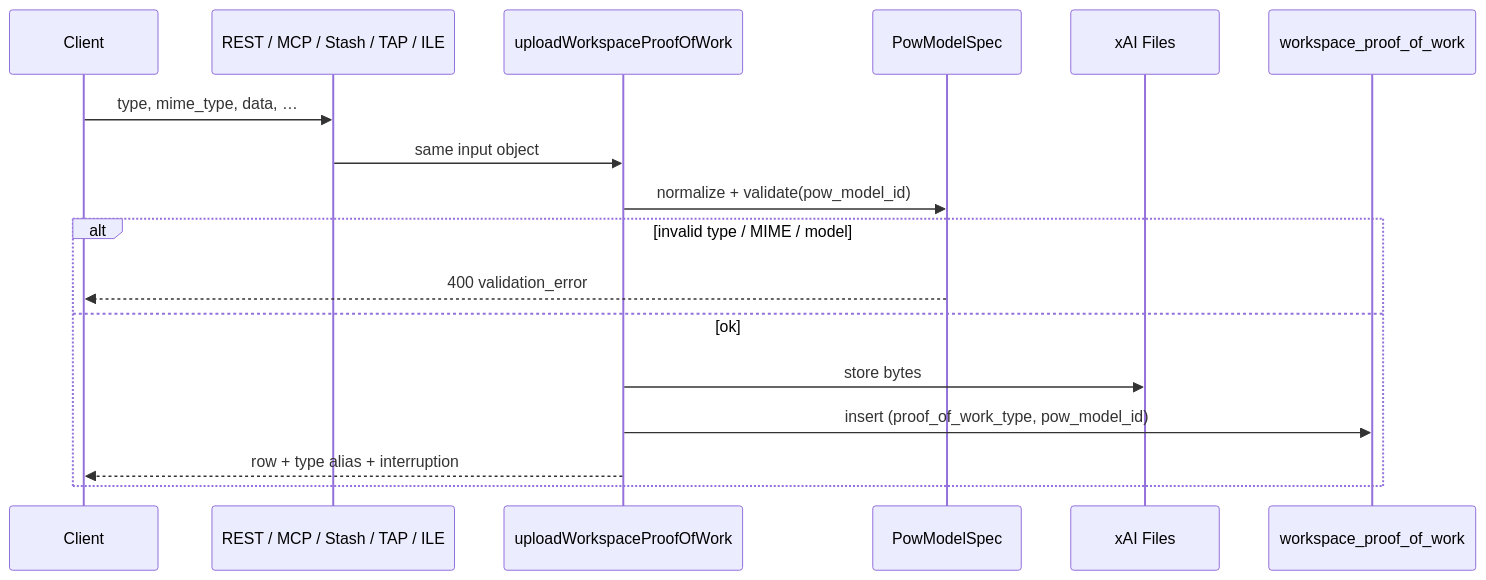
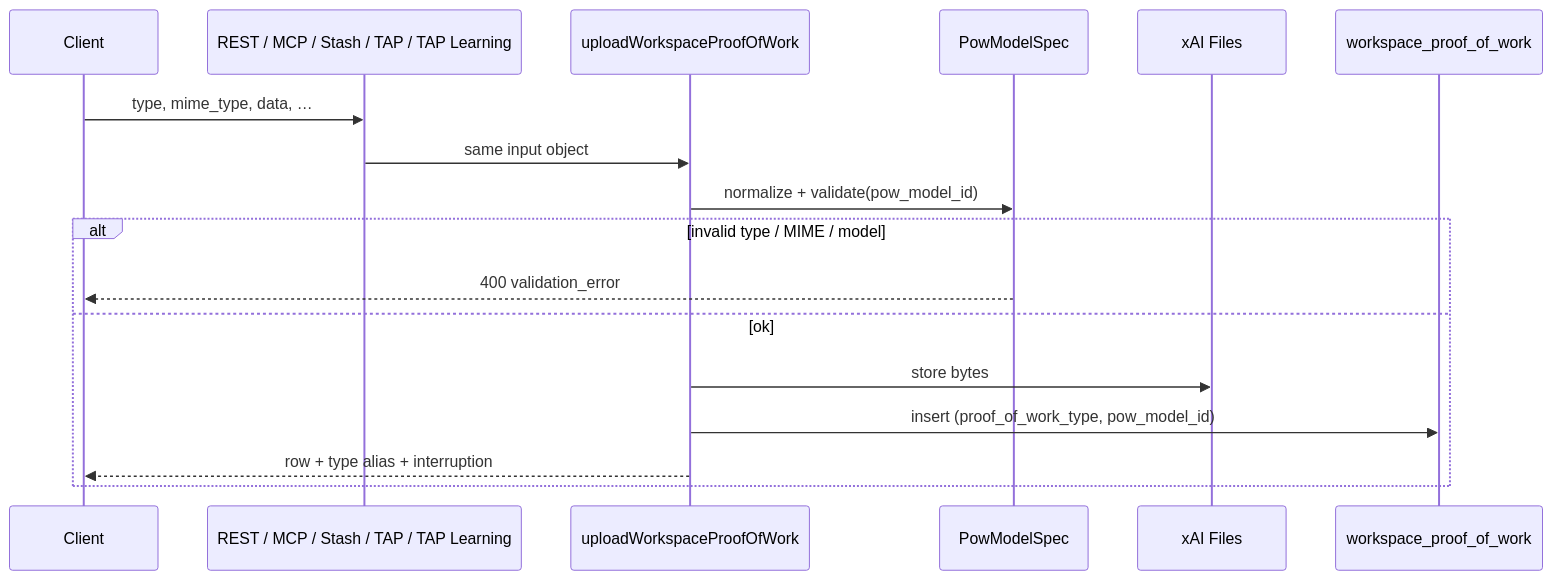
Before and after one commit to dncolomer/openlesson: the first of 3 diagrams in docs/pow-model-v1.md, drawn with Mermaid. The commit also changed other lines of this file and 342 other files, not shown here.

First line of the commit message:
Retire ILE as a product name and present TAP use cases instead.

````diff
--- a/docs/pow-model-v1.md
+++ b/docs/pow-model-v1.md
@@ -138,20 +138,20 @@
 ```mermaid
 sequenceDiagram
   participant Client
-  participant Surface as REST / MCP / Stash / TAP / ILE
+  participant Surface as REST / MCP / Stash / TAP / TAP Learning
   participant Upload as uploadWorkspaceProofOfWork
   participant Model as PowModelSpec
   participant XAI as xAI Files
   participant DB as workspace_proof_of_work
 
   Client->>Surface: type, mime_type, data, …
   Surface->>Upload: same input object
   Upload->>Model: normalize + validate(pow_model_id)
   alt invalid type / MIME / model
     Model-->>Client: 400 validation_error
   else ok
     Upload->>XAI: store bytes
     Upload->>DB: insert (proof_of_work_type, pow_model_id)
     Upload-->>Client: row + type alias + interruption
   end
 ```
````
